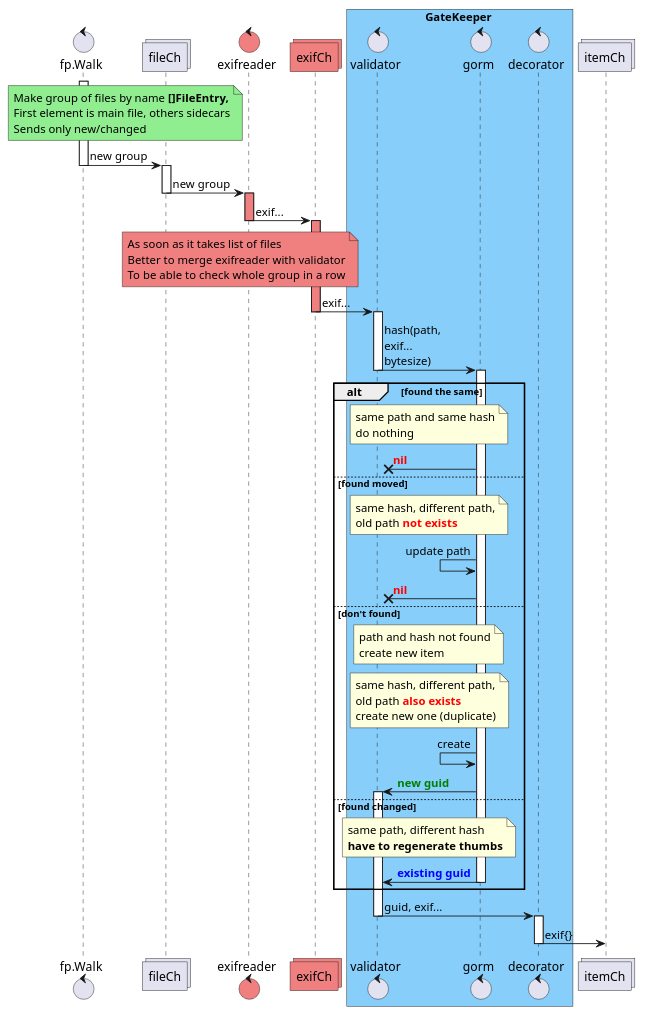
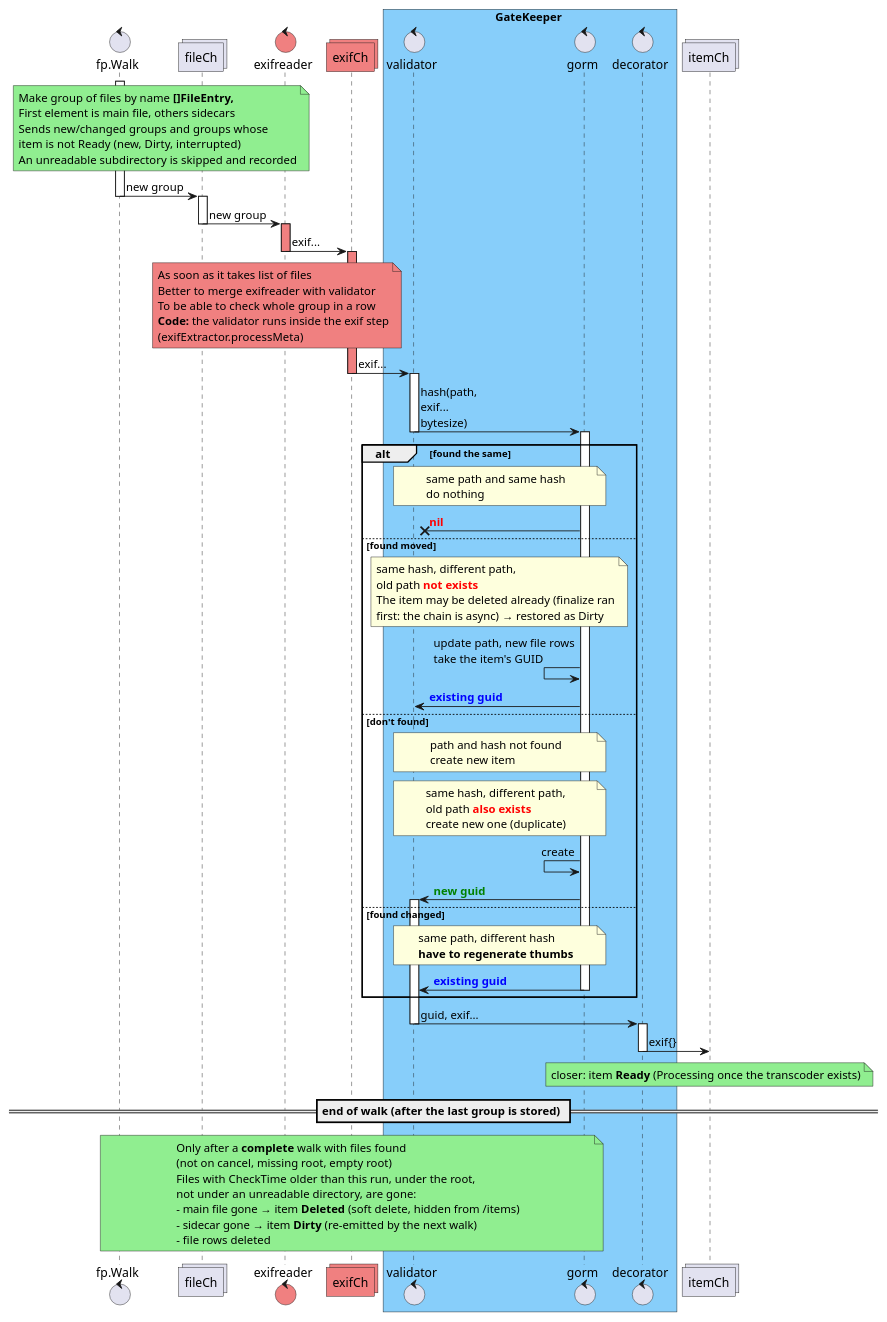
The diagram in _sb/puml/Walker.puml (eggs-gd/Perceptrail), drawn with PlantUML before and after one commit. The commit also changed 2 other files, not shown here.

Commit message:
docs: Walker.puml, findings and roadmap for the validator (V1–V5)

```diff
--- a/_sb/puml/Walker.puml
+++ b/_sb/puml/Walker.puml
@@ -1,87 +1,106 @@
 @startuml Walker and validating
 
 control fp.Walk
 collections fileCh
 
 control exifreader #LightCoral
 collections exifCh #LightCoral
 
 box GateKeeper #LightSkyBlue
 control validator
 control gorm
 control decorator
 end box
 collections itemCh
 
 
 activate fp.Walk
 note over fp.Walk, fileCh #LightGreen
 Make group of files by name <b>[]FileEntry,
 First element is main file, others sidecars
-Sends only new/changed
+Sends new/changed groups and groups whose
+item is not Ready (new, Dirty, interrupted)
+An unreadable subdirectory is skipped and recorded
 end note
 fp.Walk -> fileCh: new group
 deactivate fp.Walk
 activate fileCh
 fileCh -> exifreader: new group
 deactivate fileCh
 activate exifreader #LightCoral
 exifreader -> exifCh: exif...
 note over fileCh, exifCh #LightCoral
 As soon as it takes list of files
 Better to merge exifreader with validator
 To be able to check whole group in a row
+<b>Code:</b> the validator runs inside the exif step
+(exifExtractor.processMeta)
 end note
 deactivate exifreader
 activate exifCh #LightCoral
 exifCh -> validator: exif...
 deactivate exifCh
 activate validator
 
 validator -> gorm: hash(path,\nexif...\nbytesize)
 deactivate validator
 activate gorm
 
 alt found the same
     note over validator, gorm: same path and same hash\ndo nothing
     gorm ->x validator: <font color=red><b>nil
 
 else found moved
     note over validator, gorm
     same hash, different path,
     old path <b><font color=red>not exists
+    The item may be deleted already (finalize ran
+    first: the chain is async) → restored as Dirty
     end note
-    gorm <- gorm: update path
-    gorm ->x validator: <font color=red><b>nil
+    gorm <- gorm: update path, new file rows\ntake the item's GUID
+    gorm -> validator: <font color=blue><b>existing guid
 
 else don't found
     note over validator, gorm
     path and hash not found
     create new item
     end note
     note over validator, gorm
     same hash, different path,
     old path <b><font color=red>also exists
     create new one (duplicate)
     end note
     gorm <- gorm: create
     gorm -> validator: <font color=green><b>new guid
     activate validator
 
 else found changed
     note over validator, gorm
     same path, different hash
     <b>have to regenerate thumbs
     end note
     gorm -> validator: <font color=blue><b>existing guid
     deactivate gorm
 
 end
 
 validator -> decorator: guid, exif...
 deactivate validator
 activate decorator
 decorator -> itemCh: exif{} 
 deactivate decorator
+note over itemCh #LightGreen: closer: item <b>Ready</b> (Processing once the transcoder exists)
+
+== end of walk (after the last group is stored) ==
+
+note over fp.Walk, gorm #LightGreen
+Only after a <b>complete</b> walk with files found
+(not on cancel, missing root, empty root)
+Files with CheckTime older than this run, under the root,
+not under an unreadable directory, are gone:
+- main file gone → item <b>Deleted</b> (soft delete, hidden from /items)
+- sidecar gone → item <b>Dirty</b> (re-emitted by the next walk)
+- file rows deleted
+end note
 
 @enduml
```
